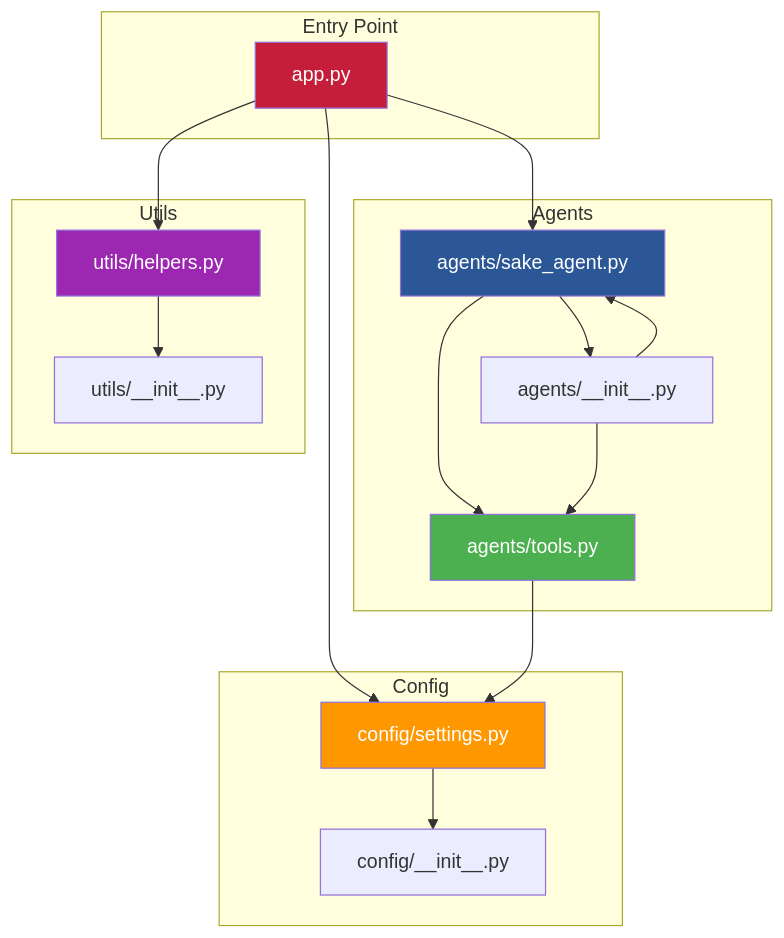
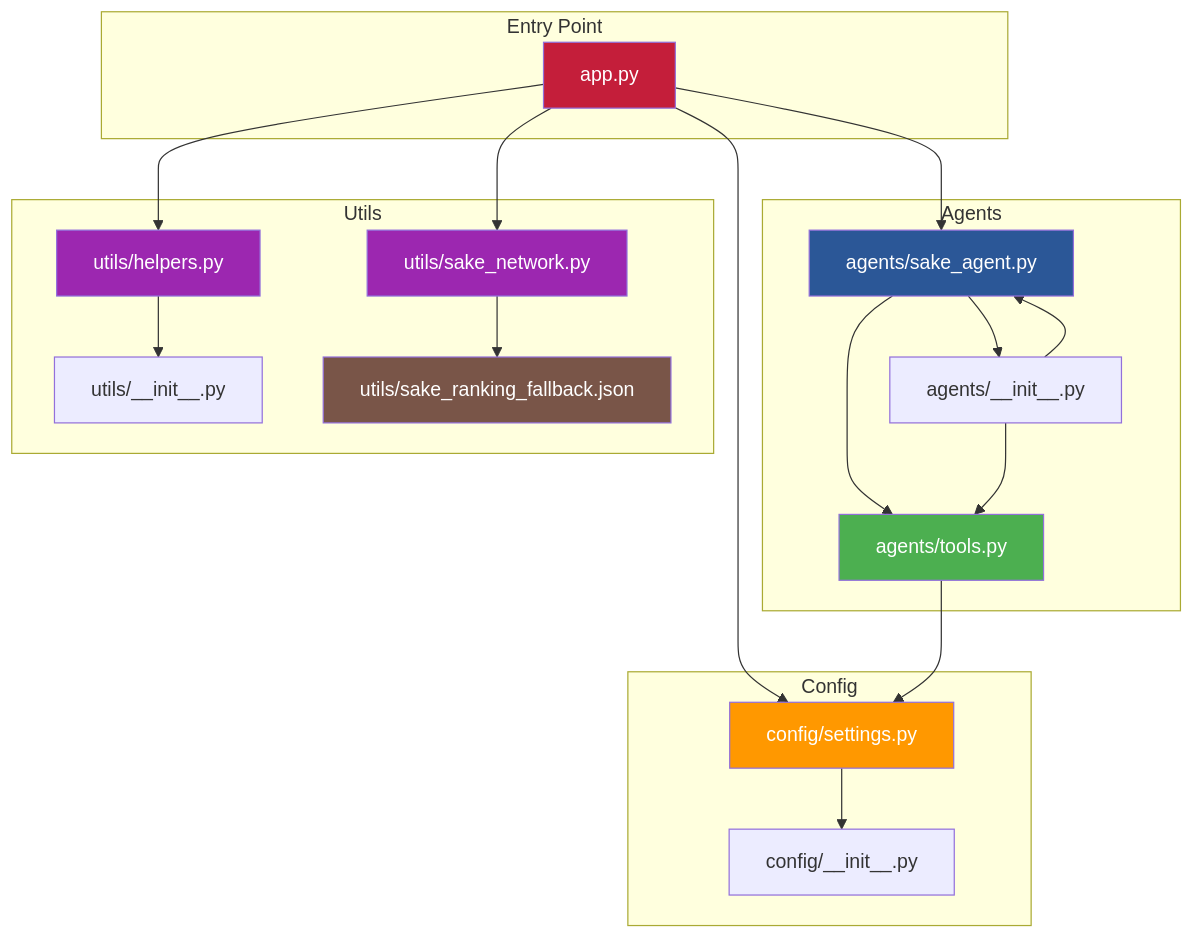
Before and after one commit to riko-py-mk/japan_sake_guide_app: diagram 12 of 14 in SYSTEM_DIAGRAM.md, drawn with Mermaid. The commit also changed other lines of this file and 1 other file, not shown here.

First line of the commit message:
docs: update README and SYSTEM_DIAGRAM for Sake Network Graph feature

````diff
--- a/SYSTEM_DIAGRAM.md
+++ b/SYSTEM_DIAGRAM.md
@@ -486,39 +551,45 @@
 ```mermaid
 graph TD
     subgraph "Entry Point"
         APP[app.py]
     end
 
     subgraph "Agents"
         SA[agents/sake_agent.py]
         AT[agents/tools.py]
         AI[agents/__init__.py]
     end
 
     subgraph "Config"
         CS[config/settings.py]
         CI[config/__init__.py]
     end
 
     subgraph "Utils"
         UH[utils/helpers.py]
+        UN[utils/sake_network.py]
         UI[utils/__init__.py]
+        JSON[utils/sake_ranking_fallback.json]
     end
 
     APP --> SA
     APP --> CS
     APP --> UH
+    APP --> UN
     SA --> AT
     SA --> AI
     AT --> CS
     AI --> SA
     AI --> AT
     CS --> CI
     UH --> UI
+    UN --> JSON
 
     style APP fill:#c41e3a,color:#fff
     style SA fill:#2b5797,color:#fff
     style AT fill:#4CAF50,color:#fff
     style CS fill:#FF9800,color:#fff
     style UH fill:#9C27B0,color:#fff
+    style UN fill:#9C27B0,color:#fff
+    style JSON fill:#795548,color:#fff
 ```
````
